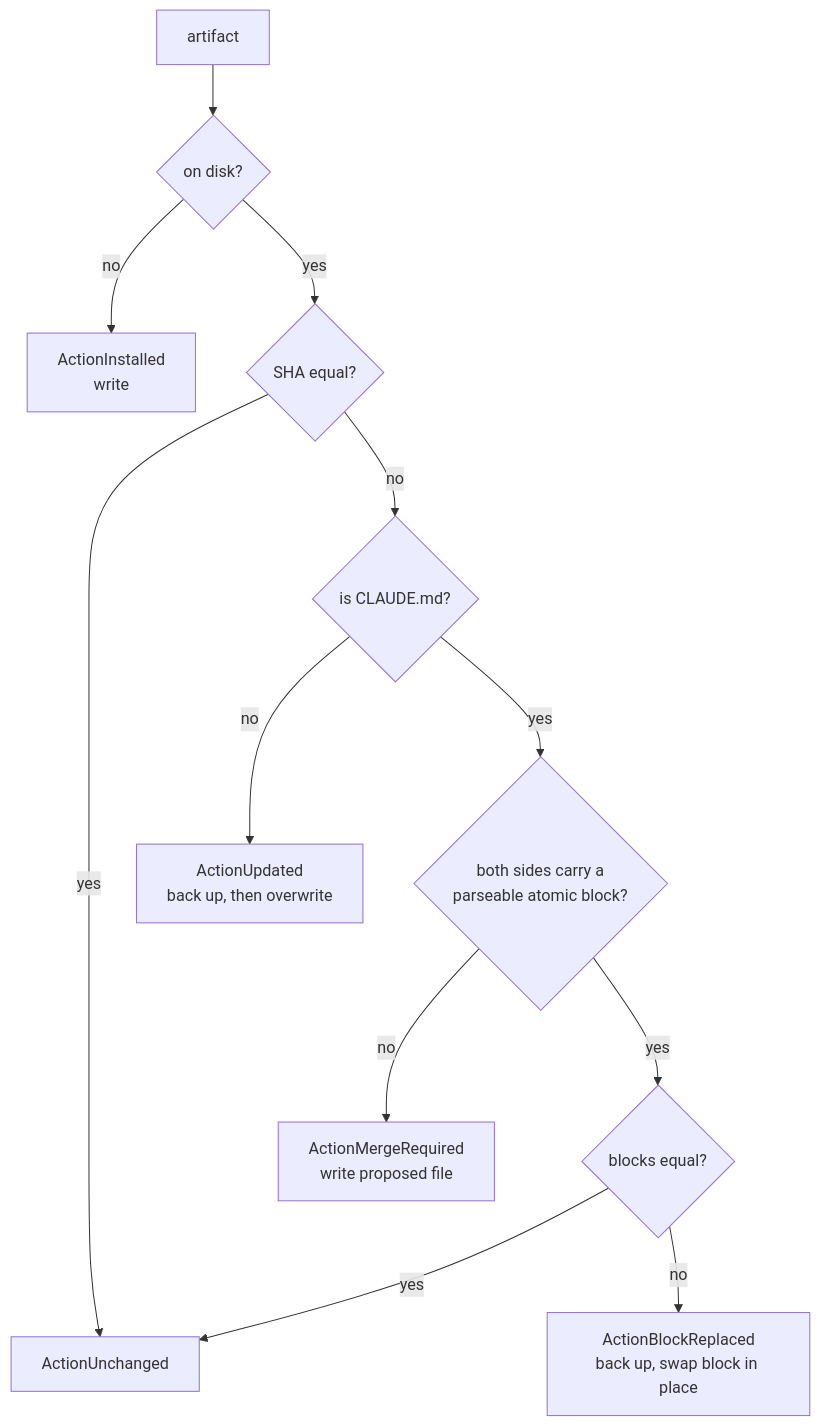
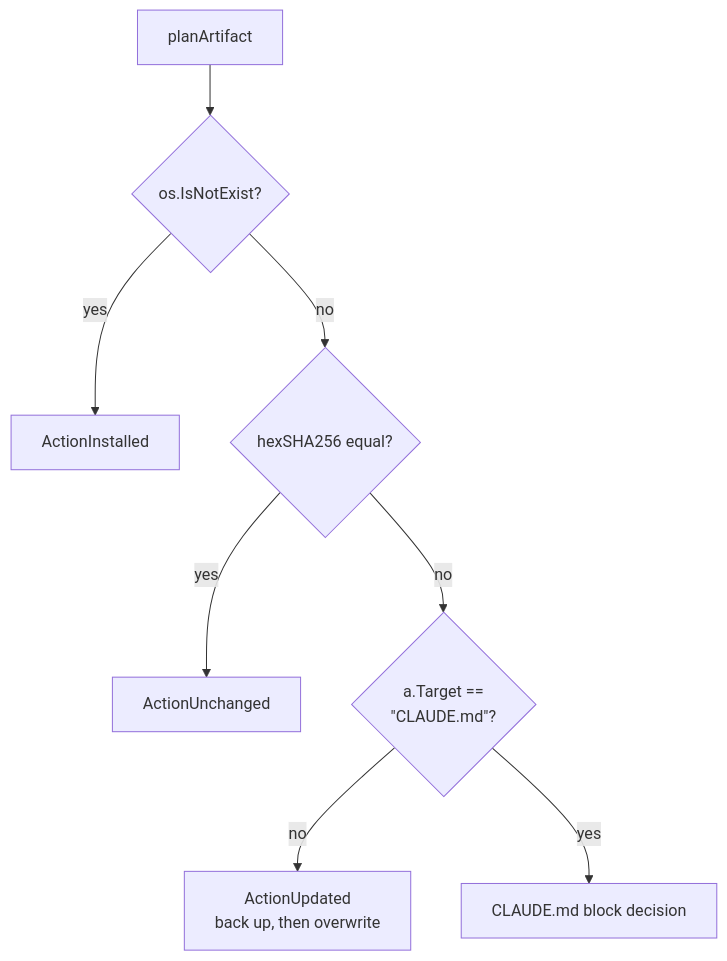
Before and after one commit to damusix/atomic-claude: the fourth of 5 diagrams in docs/wiki/bundle.md, drawn with Mermaid. The commit also changed other lines of this file and 19 other files, not shown here.

````diff
--- a/docs/wiki/bundle.md
+++ b/docs/wiki/bundle.md
@@ -110,14 +159,11 @@
 ```mermaid
 flowchart TD
-    A["artifact"] --> B{"on disk?"}
-    B -->|no| I["ActionInstalled<br/>write"]
-    B -->|yes| C{"SHA equal?"}
+    %% source: atomic/internal/claudeinstall/install.go (planArtifact)
+    A["planArtifact"] --> B{"os.IsNotExist?"}
+    B -->|yes| I["ActionInstalled"]
+    B -->|no| C{"hexSHA256 equal?"}
     C -->|yes| U["ActionUnchanged"]
-    C -->|no| D{"is CLAUDE.md?"}
+    C -->|no| D{"a.Target ==<br/>#quot;CLAUDE.md#quot;?"}
     D -->|no| UP["ActionUpdated<br/>back up, then overwrite"]
-    D -->|yes| E{"both sides carry a<br/>parseable atomic block?"}
-    E -->|no| MR["ActionMergeRequired<br/>write proposed file"]
-    E -->|yes| F{"blocks equal?"}
-    F -->|yes| U
-    F -->|no| BR["ActionBlockReplaced<br/>back up, swap block in place"]
+    D -->|yes| CM["CLAUDE.md block decision"]
 ```
````
